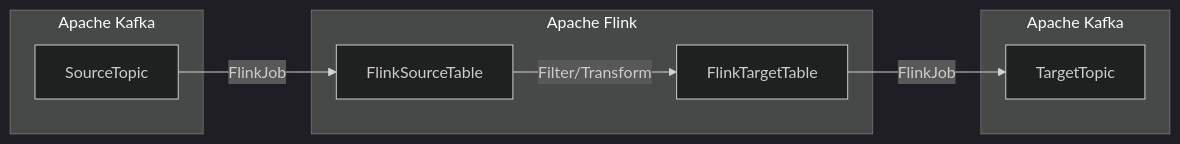
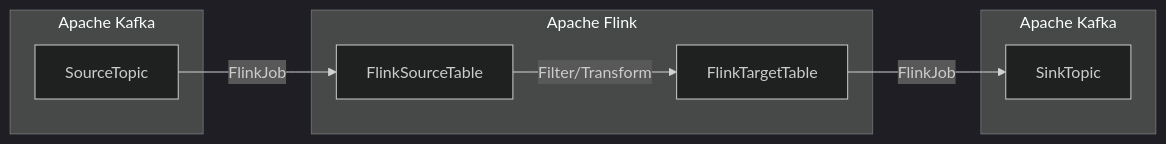
One commit to aiven/devportal changed the diagram in docs/tools/terraform/reference/cookbook/kafka-flink-integration-recipe.rst. Above: the diagram before and after it, drawn with Mermaid (dark theme). The commit also changed other lines of this file, not shown here.

Commit message:
Updating Kafka topic names

```diff
--- a/docs/tools/terraform/reference/cookbook/kafka-flink-integration-recipe.rst
+++ b/docs/tools/terraform/reference/cookbook/kafka-flink-integration-recipe.rst
@@ -12,13 +12,13 @@
 .. mermaid::
 
    flowchart LR
       subgraph Apache Kafka
       SourceTopic
       end
       subgraph Apache Flink
       SourceTopic-->|FlinkJob|FlinkSourceTable
       FlinkSourceTable-->|Filter/Transform|FlinkTargetTable
       end
       subgraph Apache Kafka
-      FlinkTargetTable-->|FlinkJob|TargetTopic
+      FlinkTargetTable-->|FlinkJob|SinkTopic
       end
```
